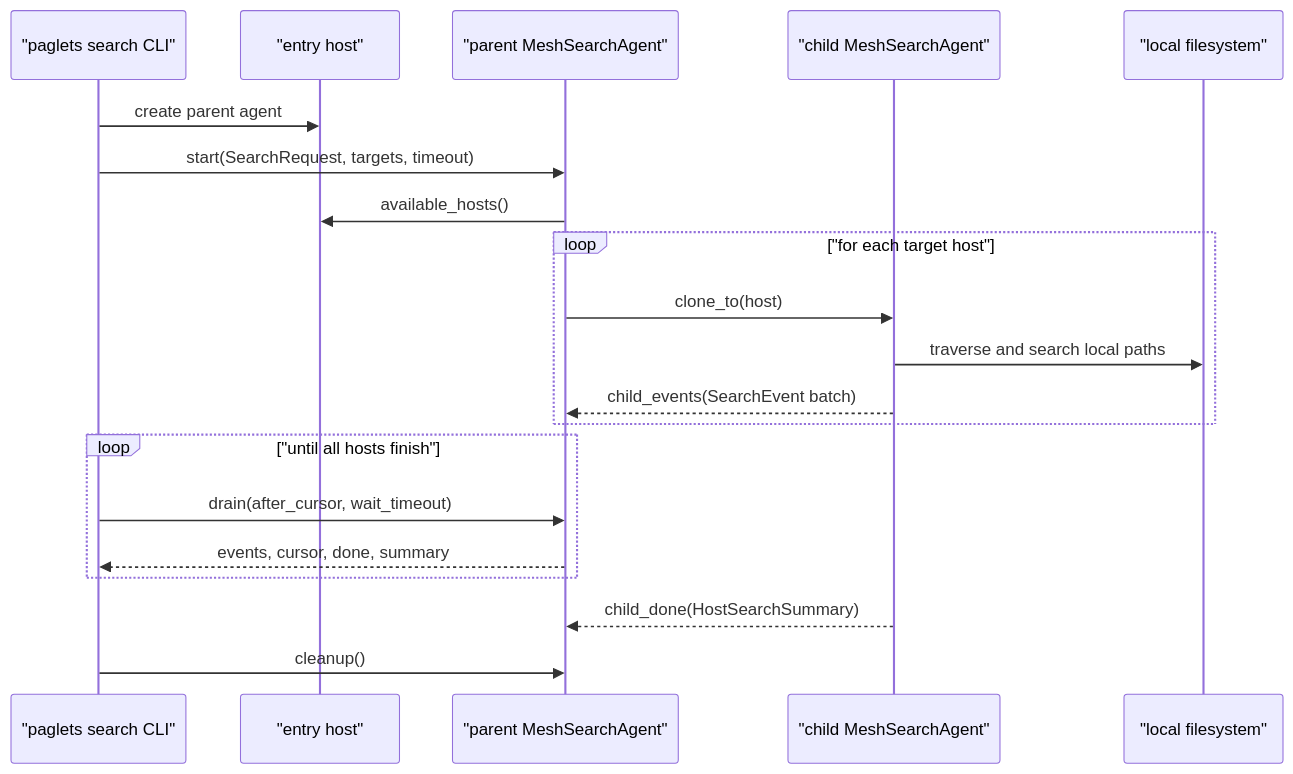
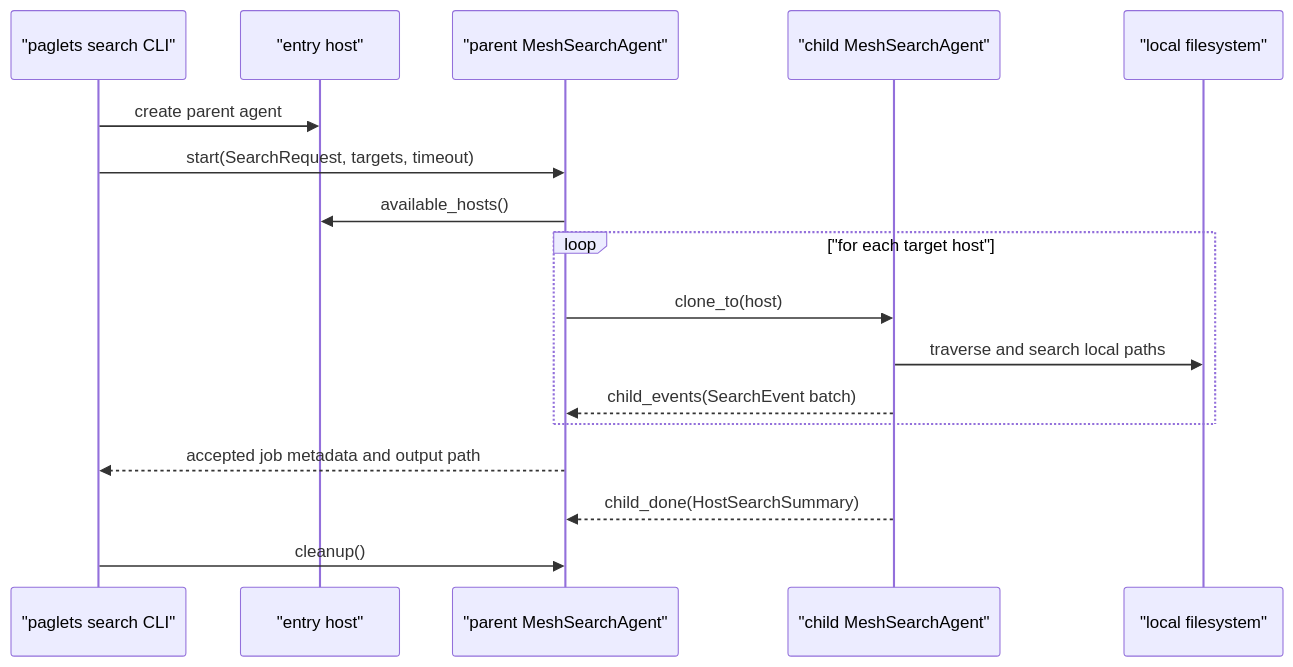
The first of 2 diagrams in docs/examples/search.md (cklukas/paglets), drawn with Mermaid before and after one commit. The commit also changed other lines of this file and 47 other files, not shown here.

````diff
--- a/docs/examples/search.md
+++ b/docs/examples/search.md
@@ -114,23 +113,20 @@
 ```mermaid
 sequenceDiagram
     participant CLI as "paglets search CLI"
     participant Entry as "entry host"
     participant Parent as "parent MeshSearchAgent"
     participant Child as "child MeshSearchAgent"
     participant FS as "local filesystem"
 
     CLI->>Entry: create parent agent
     CLI->>Parent: start(SearchRequest, targets, timeout)
     Parent->>Entry: available_hosts()
     loop "for each target host"
         Parent->>Child: clone_to(host)
         Child->>FS: traverse and search local paths
         Child-->>Parent: child_events(SearchEvent batch)
     end
-    loop "until all hosts finish"
-        CLI->>Parent: drain(after_cursor, wait_timeout)
-        Parent-->>CLI: events, cursor, done, summary
-    end
+    Parent-->>CLI: accepted job metadata and output path
     Child-->>Parent: child_done(HostSearchSummary)
     CLI->>Parent: cleanup()
 ```
````
